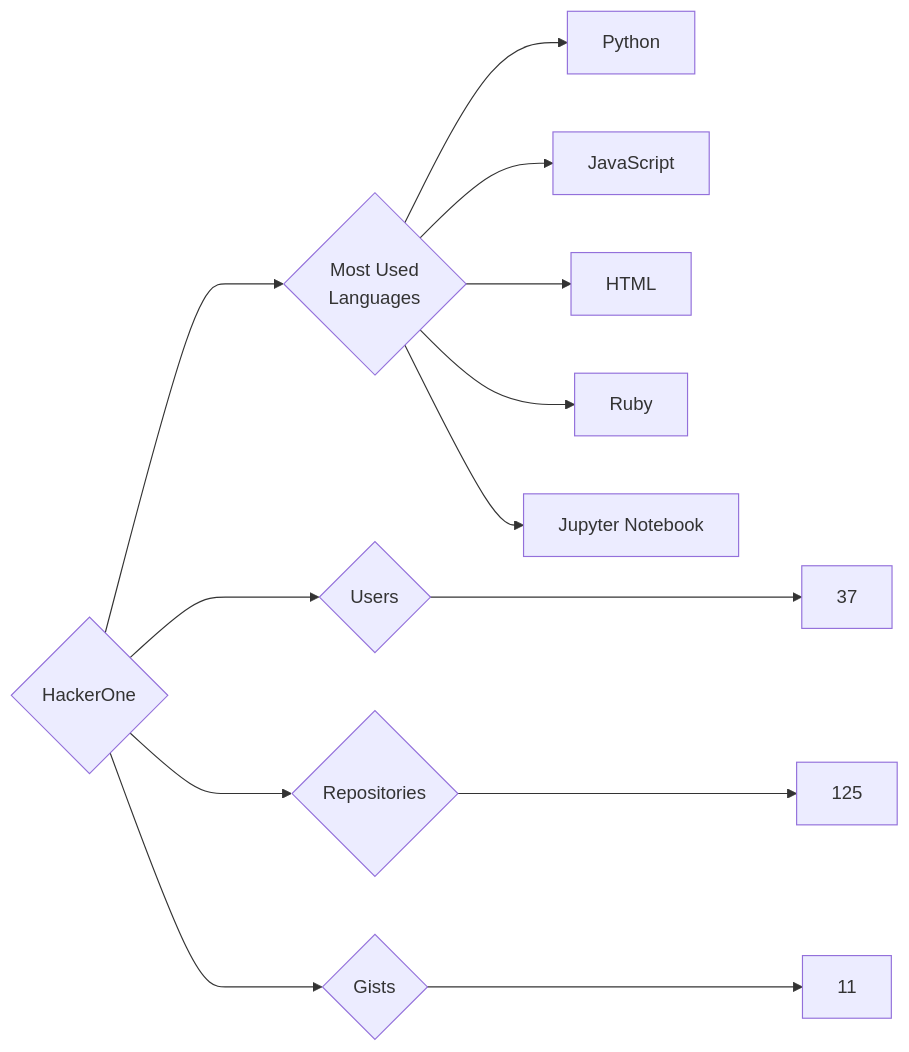
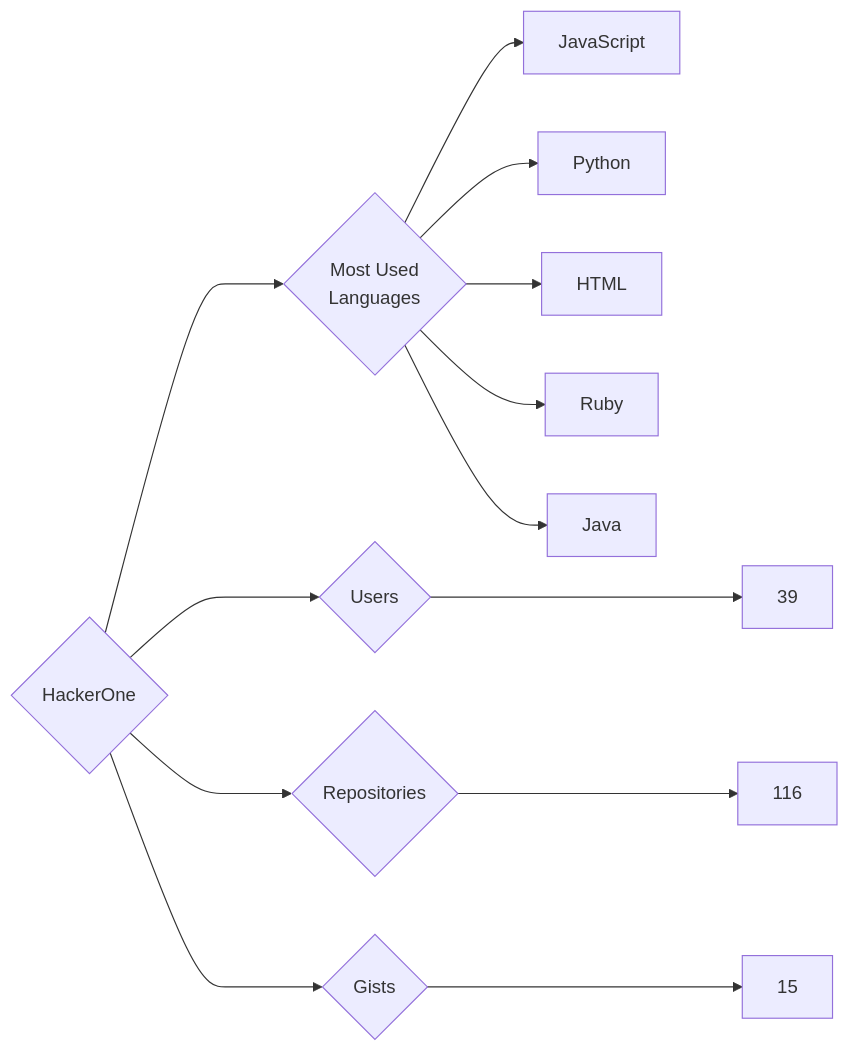
One commit to trickest/insiders changed the diagram in targets/HackerOne/README.md. Above: the diagram before and after it, drawn with Mermaid. The commit also changed 953 other files, not shown here.

````diff
--- a/targets/HackerOne/README.md
+++ b/targets/HackerOne/README.md
@@ -3,13 +3,13 @@
 ```mermaid
 graph LR
 COMPANY_NAME{HackerOne}
-COMPANY_NAME ---> U{Users} ---> UN[37]
-COMPANY_NAME ---> R{Repositories} ---> RN[125]
-COMPANY_NAME ---> G{Gists} ---> GN[11]
+COMPANY_NAME ---> U{Users} ---> UN[39]
+COMPANY_NAME ---> R{Repositories} ---> RN[116]
+COMPANY_NAME ---> G{Gists} ---> GN[15]
 COMPANY_NAME ---> ML{Most Used<br>Languages}
+ML --> JavaScript[JavaScript]
 ML --> Python[Python]
-ML --> JavaScript[JavaScript]
 ML --> HTML[HTML]
 ML --> Ruby[Ruby]
-ML --> Jupyter_Notebook[Jupyter Notebook]
+ML --> Java[Java]
 ```
````
